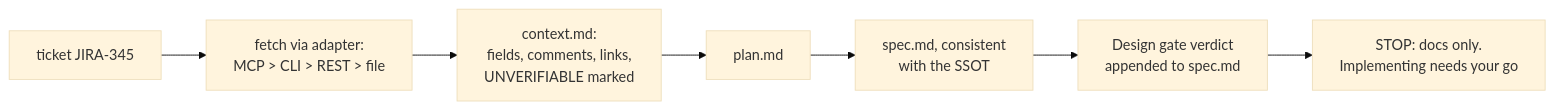
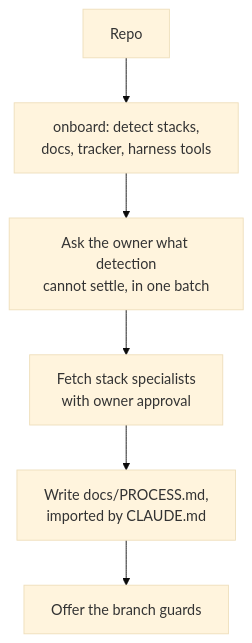
The second of 3 diagrams in README.md (websublime/major-tom), drawn with Mermaid (base theme) before and after one commit. The commit also changed other lines of this file and 7 other files, not shown here.

````diff
--- a/README.md
+++ b/README.md
@@ -82,9 +60,8 @@
 ```mermaid
-flowchart LR
-    A[ticket JIRA-345] --> B[fetch via adapter:<br/>MCP > CLI > REST > file]
-    B --> C[context.md:<br/>fields, comments, links,<br/>UNVERIFIABLE marked]
-    C --> D[plan.md]
-    D --> E[spec.md, consistent<br/>with the SSOT]
-    E --> F[Design gate verdict<br/>appended to spec.md]
-    F --> G[STOP: docs only.<br/>Implementing needs your go]
+flowchart TD
+    A[Repo] --> B[onboard: detect stacks,<br/>docs, tracker, harness tools]
+    B --> C[Ask the owner what detection<br/>cannot settle, in one batch]
+    C --> D[Fetch stack specialists<br/>with owner approval]
+    D --> E[Write docs/PROCESS.md,<br/>imported by CLAUDE.md]
+    E --> F[Offer the branch guards]
 ```
````
